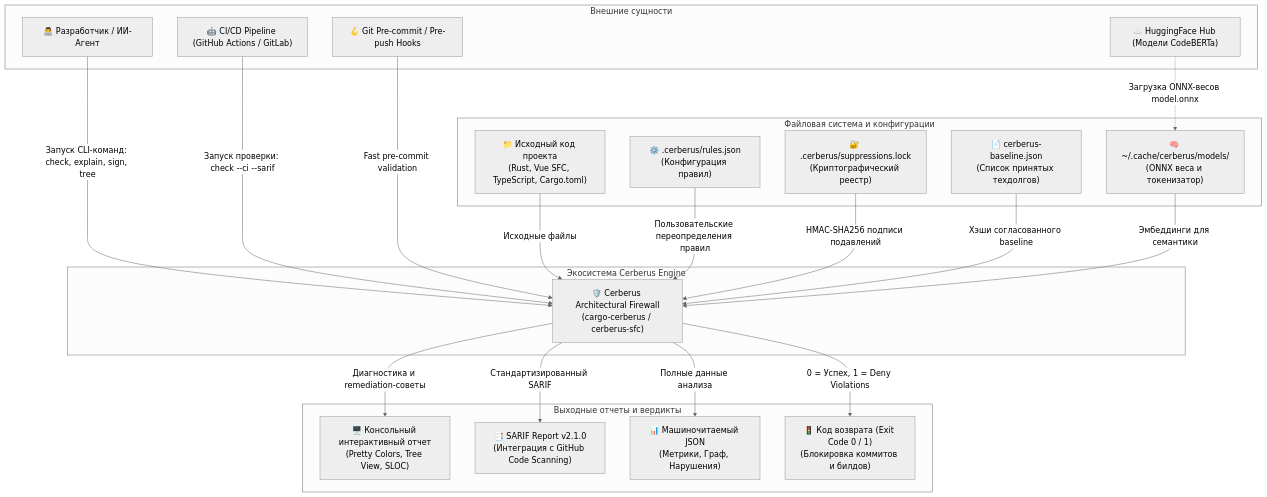
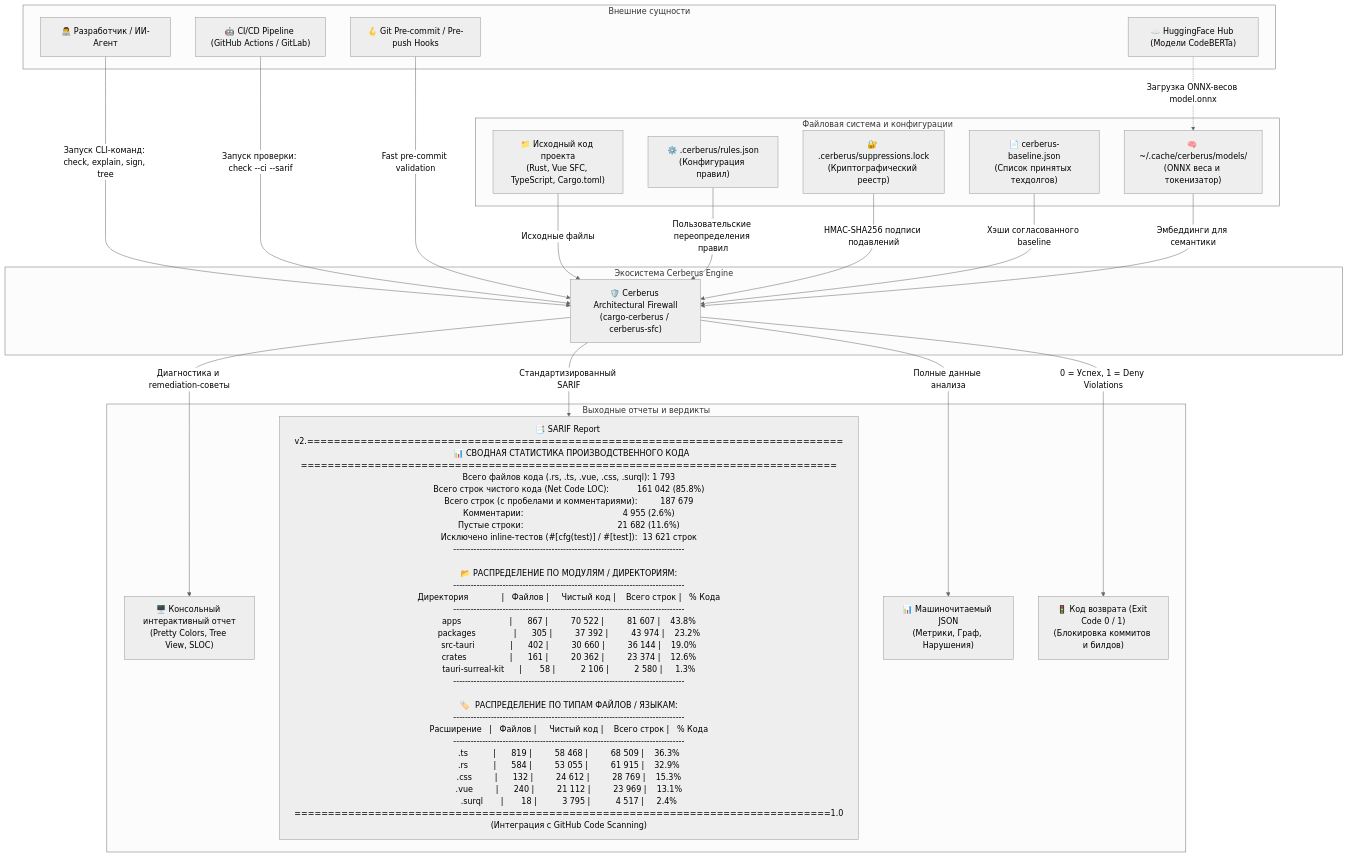
One commit to nagisokyn-prog/WorldWiki changed the first of 5 diagrams in crates/docs/README_Cerberus.md. Above: the diagram before and after it, drawn with Mermaid (neutral theme). The commit also changed 48 other files, not shown here.

````diff
--- a/crates/docs/README_Cerberus.md
+++ b/crates/docs/README_Cerberus.md
@@ -84,46 +84,77 @@
 ```mermaid
 flowchart TD
     subgraph External_Entities[Внешние сущности]
         Dev["👨‍💻 Разработчик / ИИ-Агент"]
         CI["🤖 CI/CD Pipeline (GitHub Actions / GitLab)"]
         GitHooks["🪝 Git Pre-commit / Pre-push Hooks"]
         HuggingFace["☁️ HuggingFace Hub (Модели CodeBERTa)"]
     end
 
     subgraph Cerberus_System[Экосистема Cerberus Engine]
         Cerberus["🛡️ Cerberus Architectural Firewall\n(cargo-cerberus / cerberus-sfc)"]
     end
 
     subgraph Storage_Layer[Файловая система и конфигурации]
         SourceCode["📁 Исходный код проекта\n(Rust, Vue SFC, TypeScript, Cargo.toml)"]
         RulesConfig["⚙️ .cerberus/rules.json\n(Конфигурация правил)"]
         SuppressionDB["🔐 .cerberus/suppressions.lock\n(Криптографический реестр)"]
         BaselineFile["📄 cerberus-baseline.json\n(Список принятых техдолгов)"]
         ModelCache["🧠 ~/.cache/cerberus/models/\n(ONNX веса и токенизатор)"]
     end
 
     subgraph Output_Artifacts[Выходные отчеты и вердикты]
         ConsoleOut["🖥️ Консольный интерактивный отчет\n(Pretty Colors, Tree View, SLOC)"]
-        SarifOut["📑 SARIF Report v2.1.0\n(Интеграция с GitHub Code Scanning)"]
+        SarifOut["📑 SARIF Report v2.================================================================================
+                   📊 СВОДНАЯ СТАТИСТИКА ПРОИЗВОДСТВЕННОГО КОДА                 
+================================================================================
+Всего файлов кода (.rs, .ts, .vue, .css, .surql): 1 793
+Всего строк чистого кода (Net Code LOC):           161 042 (85.8%)
+Всего строк (с пробелами и комментариями):         187 679
+Комментарии:                                       4 955 (2.6%)
+Пустые строки:                                     21 682 (11.6%)
+Исключено inline-тестов (#[cfg(test)] / #[test]):  13 621 строк
+--------------------------------------------------------------------------------
+
+📂 РАСПРЕДЕЛЕНИЕ ПО МОДУЛЯМ / ДИРЕКТОРИЯМ:
+--------------------------------------------------------------------------------
+Директория             |   Файлов |     Чистый код |    Всего строк |   % Кода
+--------------------------------------------------------------------------------
+apps                   |      867 |         70 522 |         81 607 |    43.8%
+packages               |      305 |         37 392 |         43 974 |    23.2%
+src-tauri              |      402 |         30 660 |         36 144 |    19.0%
+crates                 |      161 |         20 362 |         23 374 |    12.6%
+tauri-surreal-kit      |       58 |          2 106 |          2 580 |     1.3%
+--------------------------------------------------------------------------------
+
+🏷️  РАСПРЕДЕЛЕНИЕ ПО ТИПАМ ФАЙЛОВ / ЯЗЫКАМ:
+--------------------------------------------------------------------------------
+Расширение   |   Файлов |     Чистый код |    Всего строк |   % Кода
+--------------------------------------------------------------------------------
+.ts          |      819 |         58 468 |         68 509 |    36.3%
+.rs          |      584 |         53 055 |         61 915 |    32.9%
+.css         |      132 |         24 612 |         28 769 |    15.3%
+.vue         |      240 |         21 112 |         23 969 |    13.1%
+.surql       |       18 |          3 795 |          4 517 |     2.4%
+================================================================================1.0\n(Интеграция с GitHub Code Scanning)"]
         JsonOut["📊 Машиночитаемый JSON\n(Метрики, Граф, Нарушения)"]
         ExitCode["🚦 Код возврата (Exit Code 0 / 1)\n(Блокировка коммитов и билдов)"]
     end
 
     %% Входные потоки
     Dev -->|Запуск CLI-команд: check, explain, sign, tree| Cerberus
     CI -->|Запуск проверки: check --ci --sarif| Cerberus
     GitHooks -->|Fast pre-commit validation| Cerberus
     HuggingFace -.->|Загрузка ONNX-весов model.onnx| ModelCache
 
     SourceCode -->|Исходные файлы| Cerberus
     RulesConfig -->|Пользовательские переопределения правил| Cerberus
     SuppressionDB -->|HMAC-SHA256 подписи подавлений| Cerberus
     BaselineFile -->|Хэши согласованного baseline| Cerberus
     ModelCache -->|Эмбеддинги для семантики| Cerberus
 
     %% Выходные потоки
     Cerberus -->|Диагностика и remediation-советы| ConsoleOut
     Cerberus -->|Стандартизированный SARIF| SarifOut
     Cerberus -->|Полные данные анализа| JsonOut
     Cerberus -->|0 = Успех, 1 = Deny Violations| ExitCode
 ```
````
